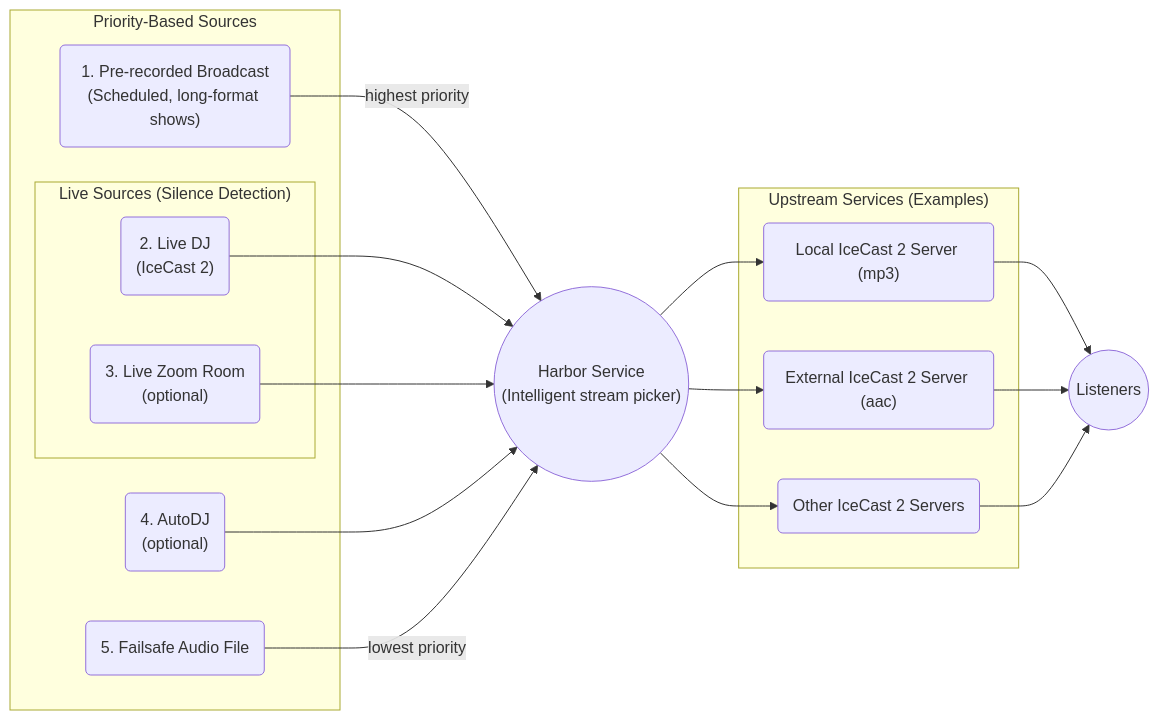
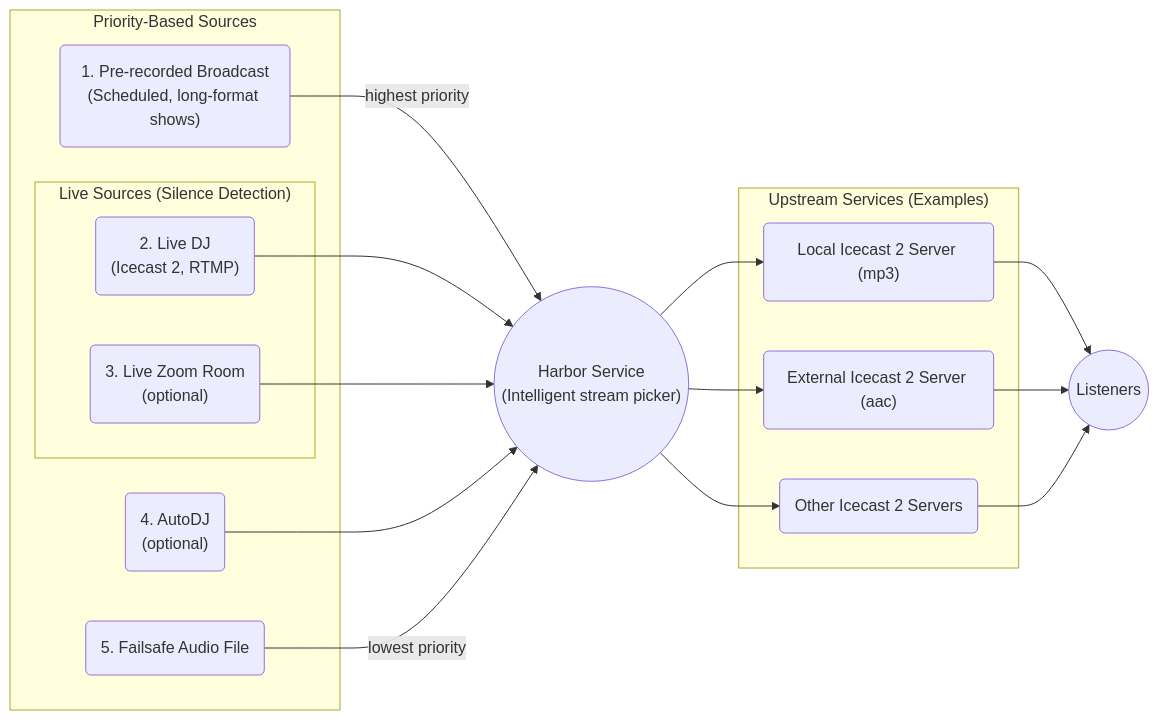
One commit to dtcooper/crazyarms changed the diagram in docs/index.md. Above: the diagram before and after it, drawn with Mermaid. The commit also changed other lines of this file and 13 other files, not shown here.

````diff
--- a/docs/index.md
+++ b/docs/index.md
@@ -44,36 +44,36 @@
 ```mermaid
 flowchart LR
     subgraph sources ["Priority-Based Sources"]
         prerecord("1. Pre-recorded Broadcast<br>(Scheduled, long-format shows)")
         subgraph live-sources ["Live Sources (Silence Detection)"]
-            dj("2. Live DJ<br>(IceCast 2)")
+            dj("2. Live DJ<br>(Icecast 2, RTMP)")
             zoom("3. Live Zoom Room<br>(optional)")
         end
         autodj("4. AutoDJ<br>(optional)")
         failsafe(5. Failsafe Audio File)
     end
 
     harbor(("Harbor Service<br>(Intelligent stream picker)"))
 
     prerecord -->|highest priority| harbor
     dj --> harbor
     zoom --> harbor
     autodj --> harbor
     failsafe -->|lowest priority| harbor
 
     subgraph upstreams ["Upstream Services (Examples)"]
-        icecast1("Local IceCast 2 Server (mp3)")
-        icecast2("External IceCast 2 Server (aac)")
-        icecastOthers("Other IceCast 2 Servers")
+        icecast1("Local Icecast 2 Server (mp3)")
+        icecast2("External Icecast 2 Server (aac)")
+        icecastOthers("Other Icecast 2 Servers")
     end
 
     harbor --> icecast1
     harbor --> icecast2
     harbor --> icecastOthers
 
     listeners(("Listeners"))
 
     icecast1 --> listeners
     icecast2 --> listeners
     icecastOthers --> listeners
 ```
````
